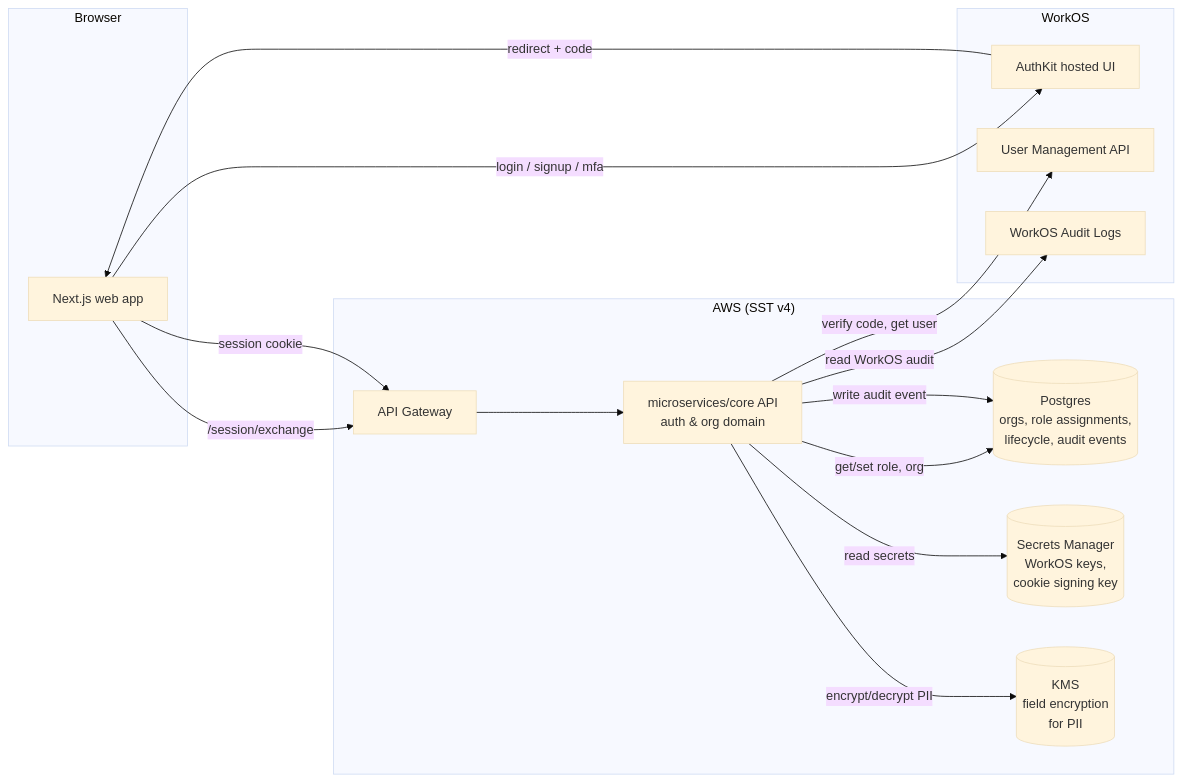
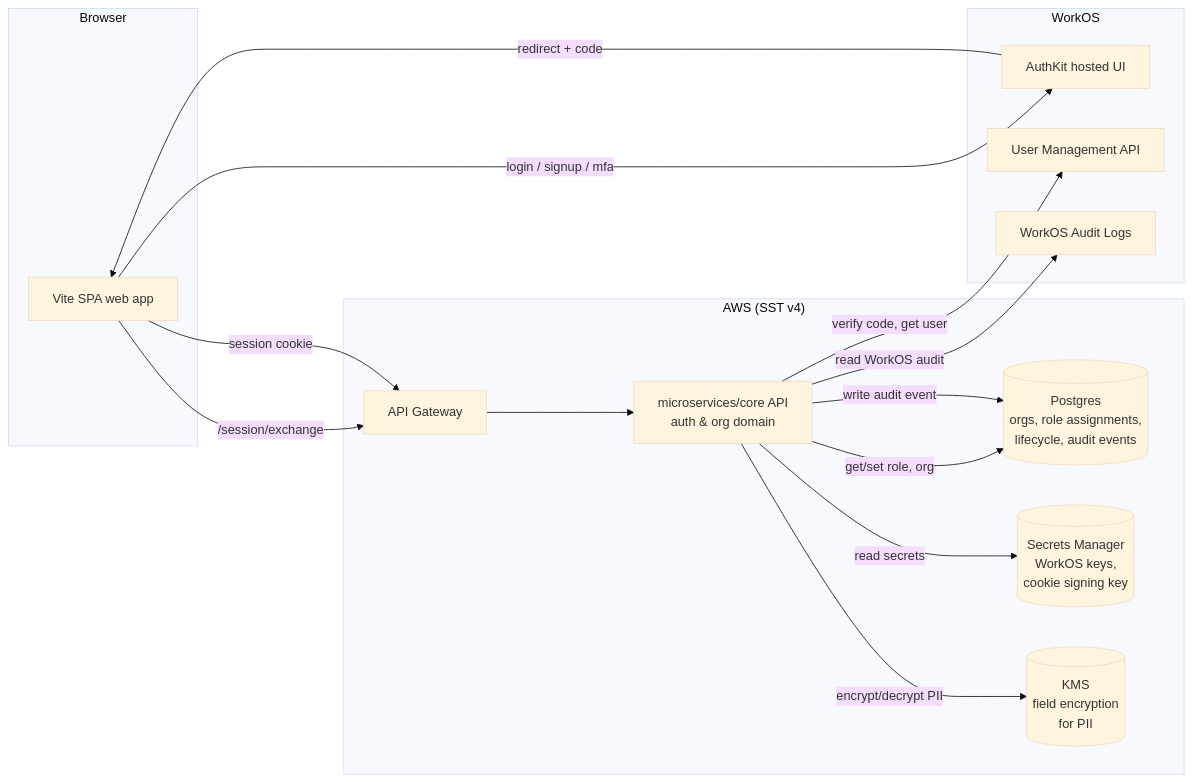
Before and after one commit to Evans-Software-Solutions-Limited/ai-data-room: the diagram in .kiro/specs/ai-data-room/auth-and-orgs/design.md, drawn with Mermaid (base theme). The commit also changed 6 other files, not shown here.

````diff
--- a/.kiro/specs/ai-data-room/auth-and-orgs/design.md
+++ b/.kiro/specs/ai-data-room/auth-and-orgs/design.md
@@ -21,32 +21,32 @@
 ```mermaid
 flowchart LR
   subgraph Browser
-    Web[Next.js web app]
+    Web[Vite SPA web app]
   end
 
   subgraph AWS["AWS (SST v4)"]
     APIGW[API Gateway]
     Core[microservices/core API<br/>auth & org domain]
     OrgDB[(Postgres<br/>orgs, role assignments,<br/>lifecycle, audit events)]
     Secrets[(Secrets Manager<br/>WorkOS keys,<br/>cookie signing key)]
     KMS[(KMS<br/>field encryption<br/>for PII)]
   end
 
   subgraph WorkOS
     AuthKit[AuthKit hosted UI]
     UserMgmt[User Management API]
     WOSAudit[WorkOS Audit Logs]
   end
 
   Web -->|login / signup / mfa| AuthKit
   AuthKit -->|redirect + code| Web
   Web -->|/session/exchange| APIGW
   APIGW --> Core
   Core -->|verify code, get user| UserMgmt
   Core -->|get/set role, org| OrgDB
   Core -->|write audit event| OrgDB
   Core -->|read WorkOS audit| WOSAudit
   Core -->|read secrets| Secrets
   Core -->|encrypt/decrypt PII| KMS
   Web -->|session cookie| APIGW
 ```
````
